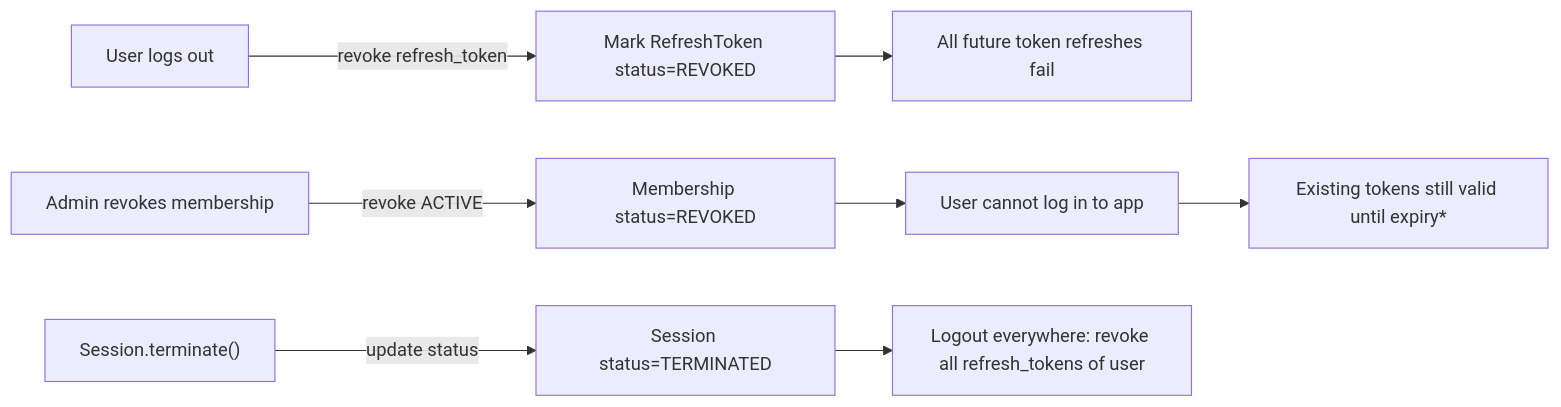
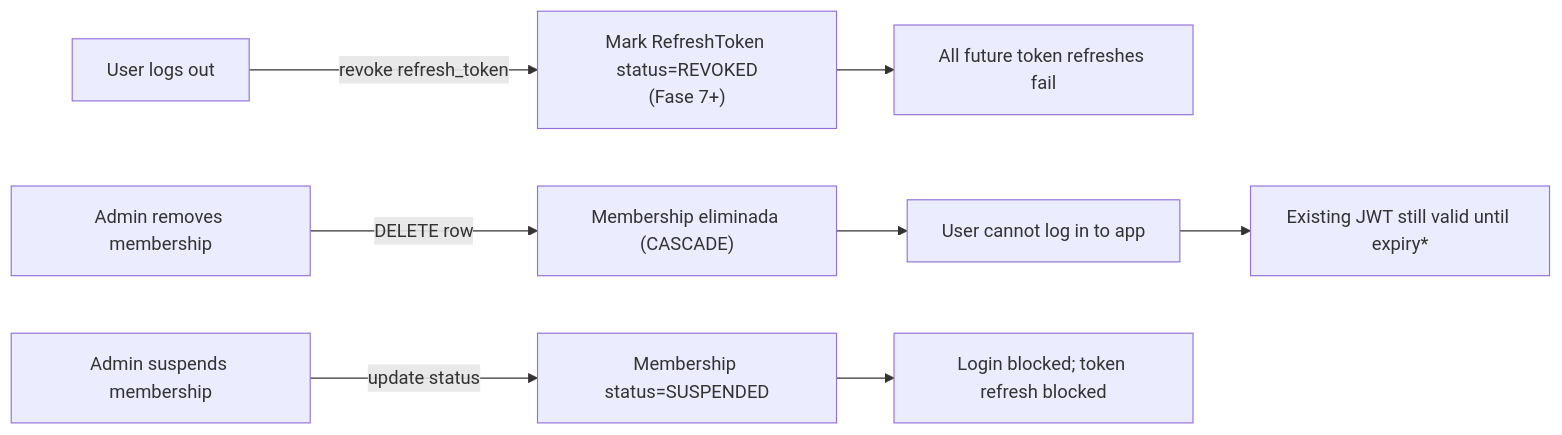
One commit to cmartinezs/keygo-server changed the eighth of 13 diagrams in docs/keygo-server/ENTITY_RELATIONSHIPS.md. Above: the diagram before and after it, drawn with Mermaid. The commit also changed other lines of this file and 55 other files, not shown here.

````diff
--- a/docs/keygo-server/ENTITY_RELATIONSHIPS.md
+++ b/docs/keygo-server/ENTITY_RELATIONSHIPS.md
@@ -308,12 +338,12 @@
 ```mermaid
 graph LR
-    A["User logs out"] -->|revoke refresh_token| B["Mark RefreshToken status=REVOKED"]
+    A["User logs out"] -->|revoke refresh_token| B["Mark RefreshToken status=REVOKED<br/>(Fase 7+)"]
     B --> C["All future token refreshes fail"]
 
-    D["Admin revokes membership"] -->|revoke ACTIVE| E["Membership status=REVOKED"]
+    D["Admin removes membership"] -->|DELETE row| E["Membership eliminada (CASCADE)"]
     E --> F["User cannot log in to app"]
-    F --> G["Existing tokens still valid until expiry*"]
+    F --> G["Existing JWT still valid until expiry*"]
 
-    H["Session.terminate()"] -->|update status| I["Session status=TERMINATED"]
-    I --> J["Logout everywhere: revoke all refresh_tokens of user"]
+    H["Admin suspends membership"] -->|update status| I["Membership status=SUSPENDED"]
+    I --> J["Login blocked; token refresh blocked"]
 ```
````
